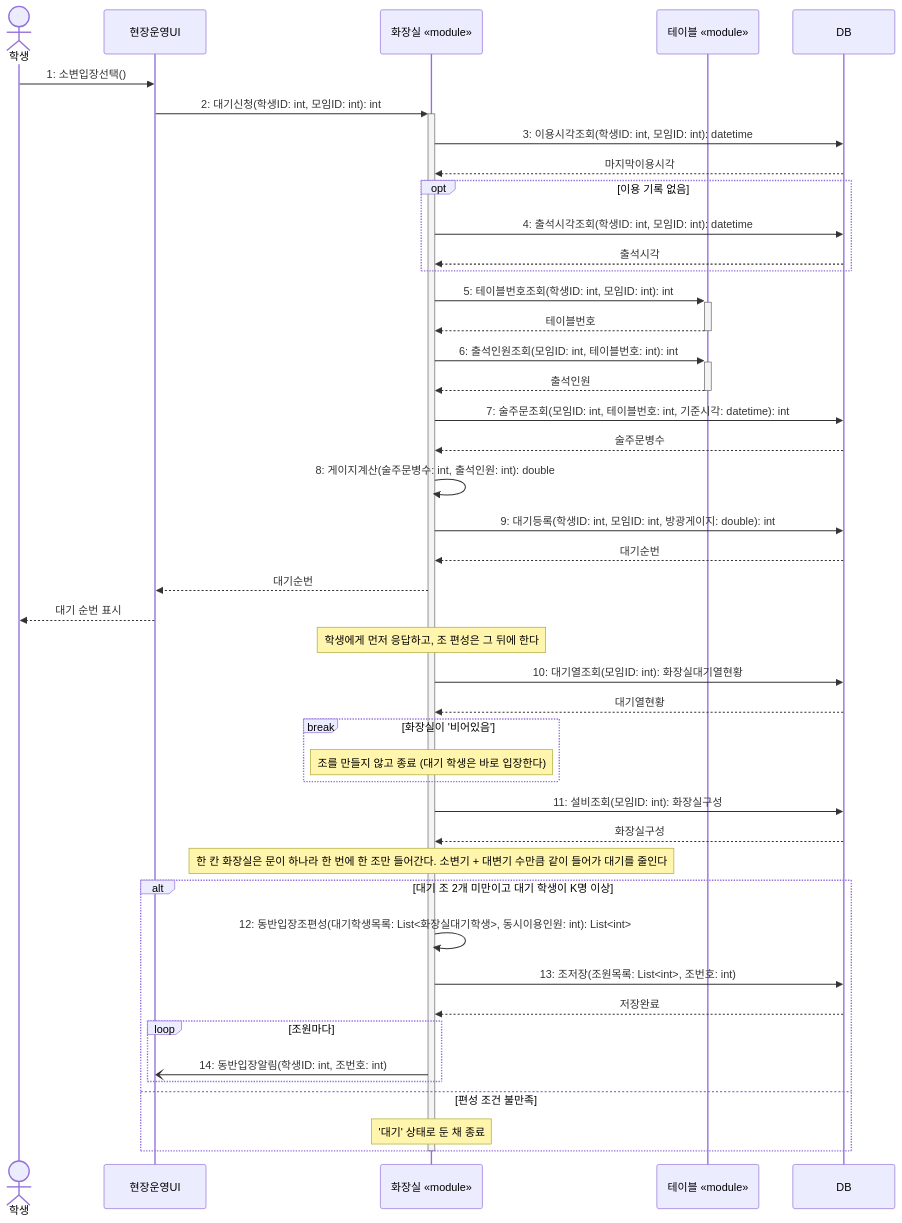
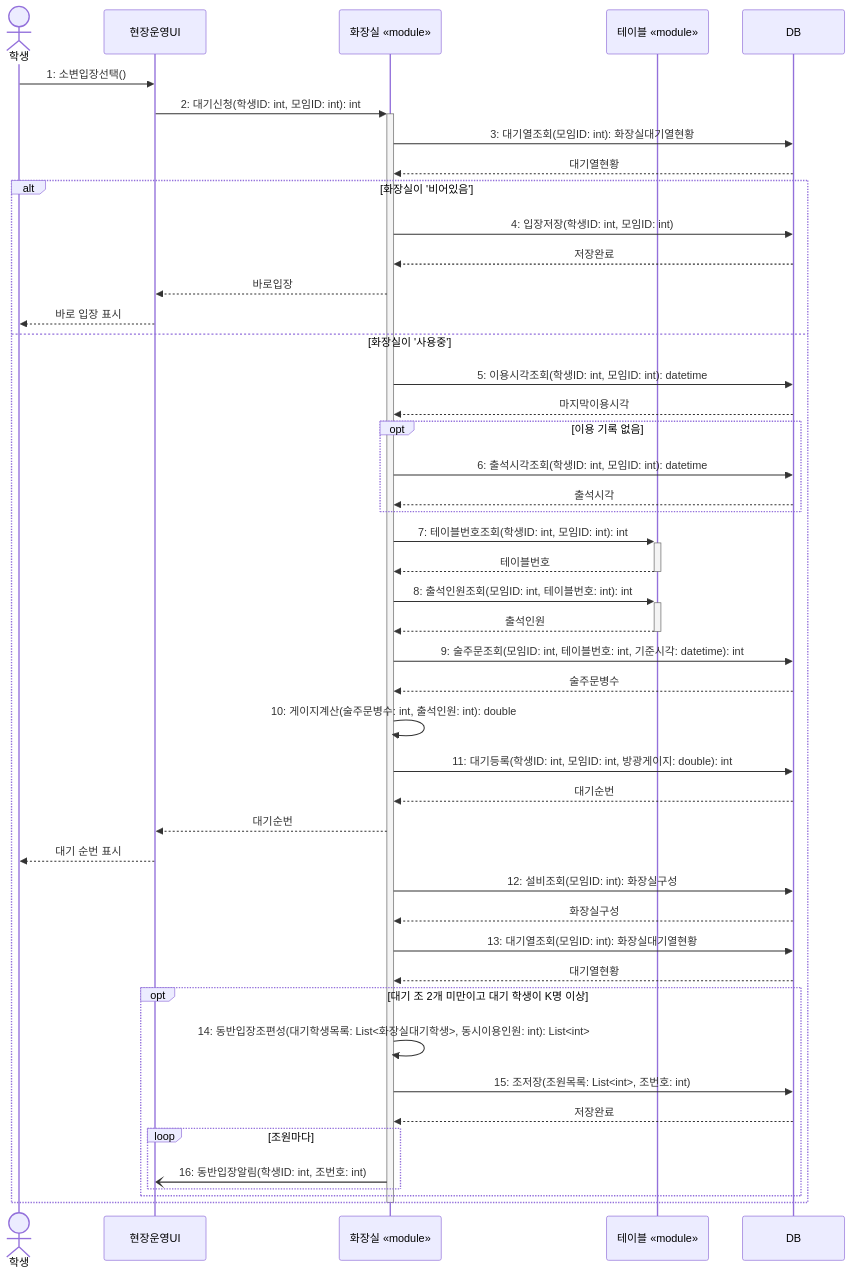
The diagram in draft/hojae/18-final/seq-18-1.md (hojae3/sw-engineering-16), drawn with Mermaid before and after one commit. The commit also changed other lines of this file and 2 other files, not shown here.

Commit message:
[draft] 호재 18-1: 비어 있는지 먼저 확인해 바로 입장(break 대신 return), 노트는 발표 대본으로 분리

````diff
--- a/draft/hojae/18-final/seq-18-1.md
+++ b/draft/hojae/18-final/seq-18-1.md
@@ -27,52 +27,52 @@
 ```mermaid
 sequenceDiagram
     actor 학생
     participant 화면 as 현장운영UI
     participant 화장실 as 화장실 «module»
     participant 테이블 as 테이블 «module»
     participant DB as DB
 
     학생->>화면: 1: 소변입장선택()
     화면->>+화장실: 2: 대기신청(학생ID: int, 모임ID: int): int
+    화장실->>DB: 3: 대기열조회(모임ID: int): 화장실대기열현황
+    DB-->>화장실: 대기열현황
 
-    화장실->>DB: 3: 이용시각조회(학생ID: int, 모임ID: int): datetime
-    DB-->>화장실: 마지막이용시각
-    opt 이용 기록 없음
-        화장실->>DB: 4: 출석시각조회(학생ID: int, 모임ID: int): datetime
-        DB-->>화장실: 출석시각
-    end
-    화장실->>+테이블: 5: 테이블번호조회(학생ID: int, 모임ID: int): int
-    테이블-->>-화장실: 테이블번호
-    화장실->>+테이블: 6: 출석인원조회(모임ID: int, 테이블번호: int): int
-    테이블-->>-화장실: 출석인원
-    화장실->>DB: 7: 술주문조회(모임ID: int, 테이블번호: int, 기준시각: datetime): int
-    DB-->>화장실: 술주문병수
-    화장실->>화장실: 8: 게이지계산(술주문병수: int, 출석인원: int): double
-    화장실->>DB: 9: 대기등록(학생ID: int, 모임ID: int, 방광게이지: double): int
-    DB-->>화장실: 대기순번
+    alt 화장실이 '비어있음'
+        화장실->>DB: 4: 입장저장(학생ID: int, 모임ID: int)
+        DB-->>화장실: 저장완료
+        화장실-->>화면: 바로입장
+        화면-->>학생: 바로 입장 표시
+    else 화장실이 '사용중'
+        화장실->>DB: 5: 이용시각조회(학생ID: int, 모임ID: int): datetime
+        DB-->>화장실: 마지막이용시각
+        opt 이용 기록 없음
+            화장실->>DB: 6: 출석시각조회(학생ID: int, 모임ID: int): datetime
+            DB-->>화장실: 출석시각
+        end
+        화장실->>+테이블: 7: 테이블번호조회(학생ID: int, 모임ID: int): int
+        테이블-->>-화장실: 테이블번호
+        화장실->>+테이블: 8: 출석인원조회(모임ID: int, 테이블번호: int): int
+        테이블-->>-화장실: 출석인원
+        화장실->>DB: 9: 술주문조회(모임ID: int, 테이블번호: int, 기준시각: datetime): int
+        DB-->>화장실: 술주문병수
+        화장실->>화장실: 10: 게이지계산(술주문병수: int, 출석인원: int): double
+        화장실->>DB: 11: 대기등록(학생ID: int, 모임ID: int, 방광게이지: double): int
+        DB-->>화장실: 대기순번
+        화장실-->>화면: 대기순번
+        화면-->>학생: 대기 순번 표시
 
-    화장실-->>화면: 대기순번
-    화면-->>학생: 대기 순번 표시
-
-    Note over 화장실: 학생에게 먼저 응답하고, 조 편성은 그 뒤에 한다
-    화장실->>DB: 10: 대기열조회(모임ID: int): 화장실대기열현황
-    DB-->>화장실: 대기열현황
-    break 화장실이 '비어있음'
-        Note over 화장실: 조를 만들지 않고 종료 (대기 학생은 바로 입장한다)
-    end
-
-    화장실->>DB: 11: 설비조회(모임ID: int): 화장실구성
-    DB-->>화장실: 화장실구성
-    Note over 화장실: 한 칸 화장실은 문이 하나라 한 번에 한 조만 들어간다. 소변기 + 대변기 수만큼 같이 들어가 대기를 줄인다
-    alt 대기 조 2개 미만이고 대기 학생이 K명 이상
-        화장실->>화장실: 12: 동반입장조편성(대기학생목록: List<화장실대기학생>, 동시이용인원: int): List<int>
-        화장실->>DB: 13: 조저장(조원목록: List<int>, 조번호: int)
-        DB-->>화장실: 저장완료
-        loop 조원마다
-            화장실-)화면: 14: 동반입장알림(학생ID: int, 조번호: int)
+        화장실->>DB: 12: 설비조회(모임ID: int): 화장실구성
+        DB-->>화장실: 화장실구성
+        화장실->>DB: 13: 대기열조회(모임ID: int): 화장실대기열현황
+        DB-->>화장실: 대기열현황
+        opt 대기 조 2개 미만이고 대기 학생이 K명 이상
+            화장실->>화장실: 14: 동반입장조편성(대기학생목록: List<화장실대기학생>, 동시이용인원: int): List<int>
+            화장실->>DB: 15: 조저장(조원목록: List<int>, 조번호: int)
+            DB-->>화장실: 저장완료
+            loop 조원마다
+                화장실-)화면: 16: 동반입장알림(학생ID: int, 조번호: int)
+            end
         end
-    else 편성 조건 불만족
-        Note over 화장실: '대기' 상태로 둔 채 종료
     end
     deactivate 화장실
 ```
````
